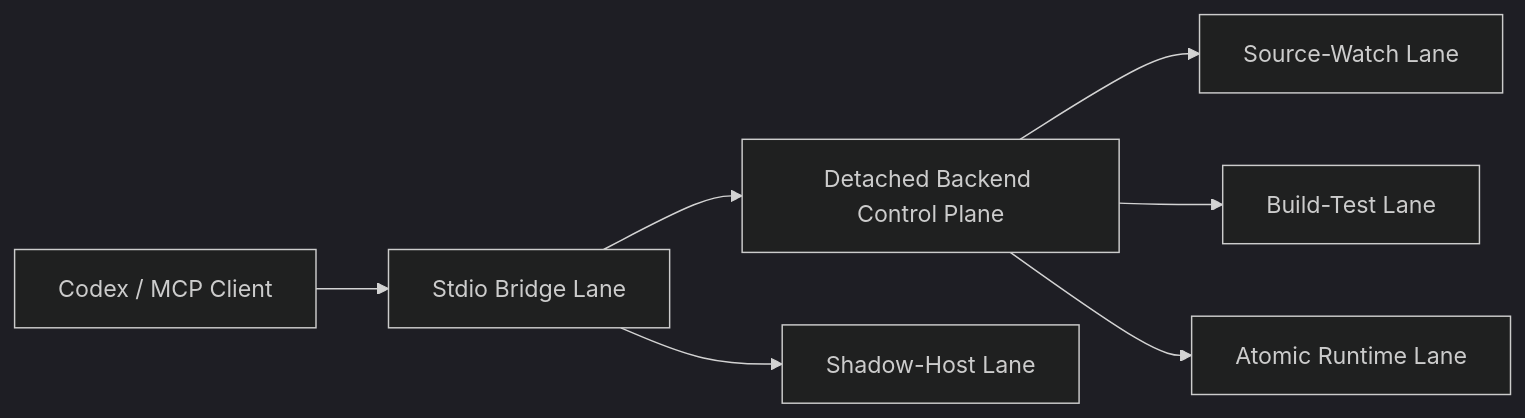
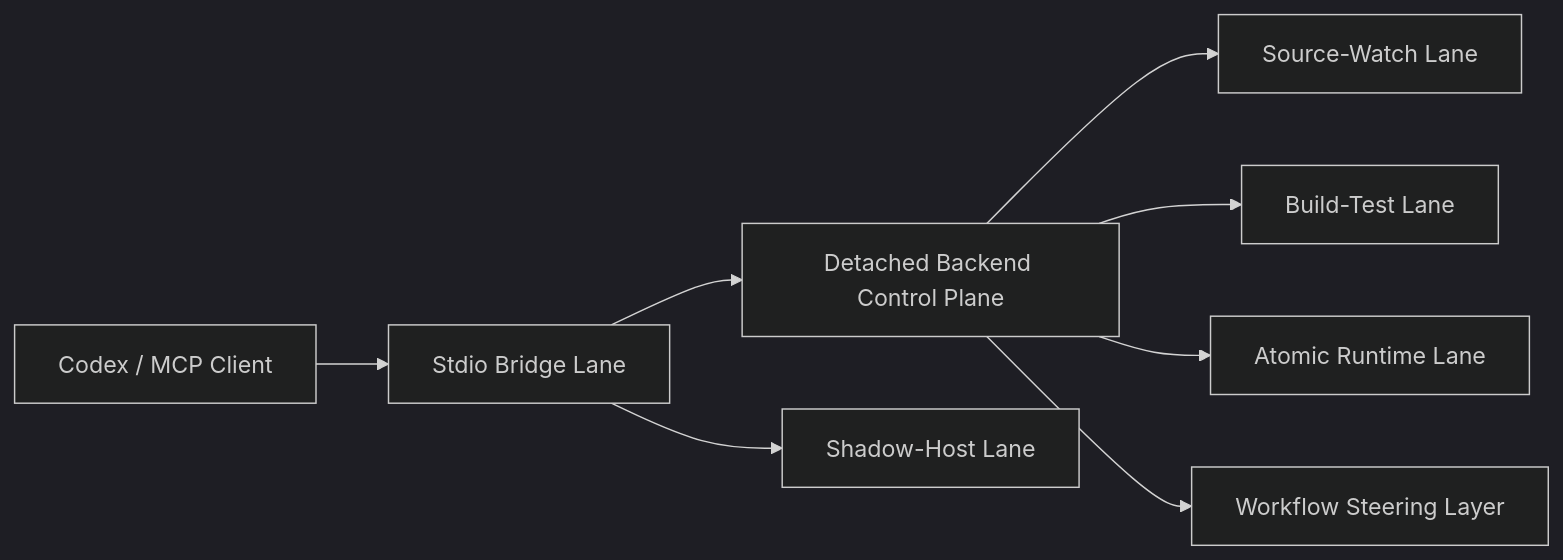
The first of 2 diagrams in mcp-dotnetwatch-improvement-bundle-1/02-target-operating-model.md (fyziktom/CanDoItAll), drawn with Mermaid (dark theme) before and after one commit. The commit also changed other lines of this file and 12 other files, not shown here.

````diff
--- a/mcp-dotnetwatch-improvement-bundle-1/02-target-operating-model.md
+++ b/mcp-dotnetwatch-improvement-bundle-1/02-target-operating-model.md
@@ -7,9 +7,10 @@
 ```mermaid
 flowchart LR
     A["Codex / MCP Client"] --> B["Stdio Bridge Lane"]
     B --> C["Detached Backend Control Plane"]
     C --> D["Source-Watch Lane"]
     C --> E["Build-Test Lane"]
     C --> F["Atomic Runtime Lane"]
     B --> G["Shadow-Host Lane"]
+    C --> H["Workflow Steering Layer"]
 ```
````
